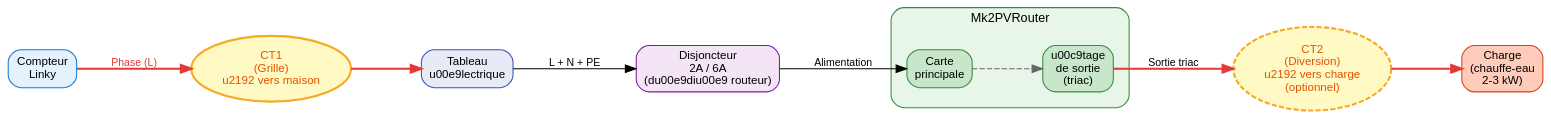
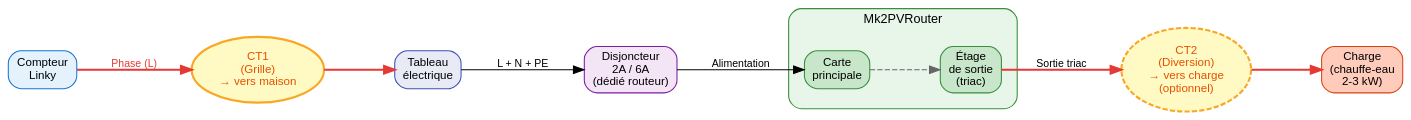
One commit to FredM67/Mk2PVRouter changed the first of 2 diagrams in content/installation-finale.rst. Above: the diagram before and after it, drawn with Graphviz. The commit also changed other lines of this file, not shown here.

First line of the commit message:
fix: replace Unicode escape sequences with actual chars in CT diagrams

```diff
--- a/content/installation-finale.rst
+++ b/content/installation-finale.rst
@@ -164,47 +164,47 @@
 .. graphviz::
    :caption: Emplacement des CT — Installation monophasée
    :align: center
    :alt: Schéma d'installation des capteurs de courant en monophasé
 
    digraph ct_mono {
        rankdir=LR;
        node [shape=box, style="rounded,filled", fontname="Arial", fontsize=11];
        edge [fontname="Arial", fontsize=10];
        nodesep=0.6;
        ranksep=0.9;
        bgcolor=transparent;
 
        compteur [label="Compteur\nLinky", fillcolor="#E3F2FD", color="#1976D2"];
 
-       ct1 [label="CT1\n(Grille)\n\u2192 vers maison", shape=ellipse, fillcolor="#FFF9C4", color="#F9A825", fontcolor="#E65100", penwidth=2];
+       ct1 [label="CT1\n(Grille)\n→ vers maison", shape=ellipse, fillcolor="#FFF9C4", color="#F9A825", fontcolor="#E65100", penwidth=2];
 
-       tableau [label="Tableau\n\u00e9lectrique", fillcolor="#E8EAF6", color="#3F51B5"];
+       tableau [label="Tableau\nélectrique", fillcolor="#E8EAF6", color="#3F51B5"];
 
-       disj [label="Disjoncteur\n2A / 6A\n(d\u00e9di\u00e9 routeur)", fillcolor="#F3E5F5", color="#7B1FA2"];
+       disj [label="Disjoncteur\n2A / 6A\n(dédié routeur)", fillcolor="#F3E5F5", color="#7B1FA2"];
 
        subgraph cluster_router {
            label="Mk2PVRouter";
            style="filled,rounded";
            fillcolor="#E8F5E9";
            color="#388E3C";
            fontname="Arial";
            fontsize=12;
            labelloc="t";
            margin=15;
 
            routeur [label="Carte\nprincipale", fillcolor="#C8E6C9", color="#388E3C"];
-           sortie [label="\u00c9tage\nde sortie\n(triac)", fillcolor="#C8E6C9", color="#388E3C"];
+           sortie [label="Étage\nde sortie\n(triac)", fillcolor="#C8E6C9", color="#388E3C"];
        }
 
-       ct2 [label="CT2\n(Diversion)\n\u2192 vers charge\n(optionnel)", shape=ellipse, fillcolor="#FFF9C4", color="#F9A825", fontcolor="#E65100", style="filled,dashed", penwidth=2];
+       ct2 [label="CT2\n(Diversion)\n→ vers charge\n(optionnel)", shape=ellipse, fillcolor="#FFF9C4", color="#F9A825", fontcolor="#E65100", style="filled,dashed", penwidth=2];
 
        charge [label="Charge\n(chauffe-eau\n2-3 kW)", fillcolor="#FFCCBC", color="#D84315"];
 
        compteur -> ct1 [label="Phase (L)", color="#E53935", fontcolor="#E53935", penwidth=2];
        ct1 -> tableau [color="#E53935", penwidth=2];
        tableau -> disj [label="L + N + PE"];
        disj -> routeur [label="Alimentation"];
        routeur -> sortie [style=dashed, color="#666666"];
        sortie -> ct2 [label="Sortie triac", color="#E53935", penwidth=2];
        ct2 -> charge [color="#E53935", penwidth=2];
    }
```
